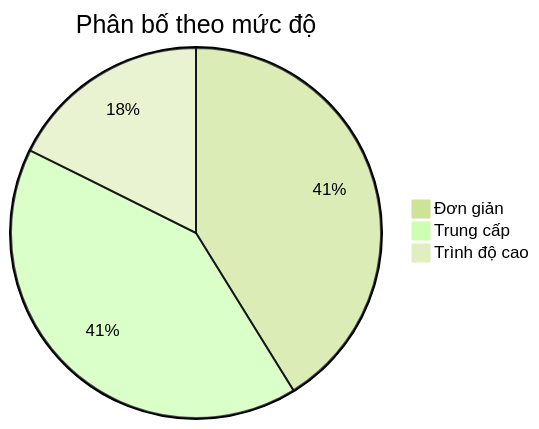
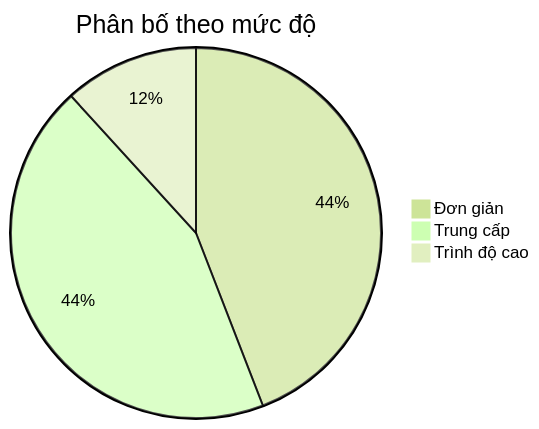
One commit to ATC-O48/Claude-OpenAI-Code changed the second of 3 diagrams in docs/COPILOT_USECASES.md. Above: the diagram before and after it, drawn with Mermaid (forest theme). The commit also changed other lines of this file, not shown here.

````diff
--- a/docs/COPILOT_USECASES.md
+++ b/docs/COPILOT_USECASES.md
@@ -460,6 +460,6 @@
 ```mermaid
 pie title Phân bố theo mức độ
-    "Đơn giản" : 14
-    "Trung cấp" : 14
-    "Trình độ cao" : 6
+    "Đơn giản" : 15
+    "Trung cấp" : 15
+    "Trình độ cao" : 4
 ```
````
